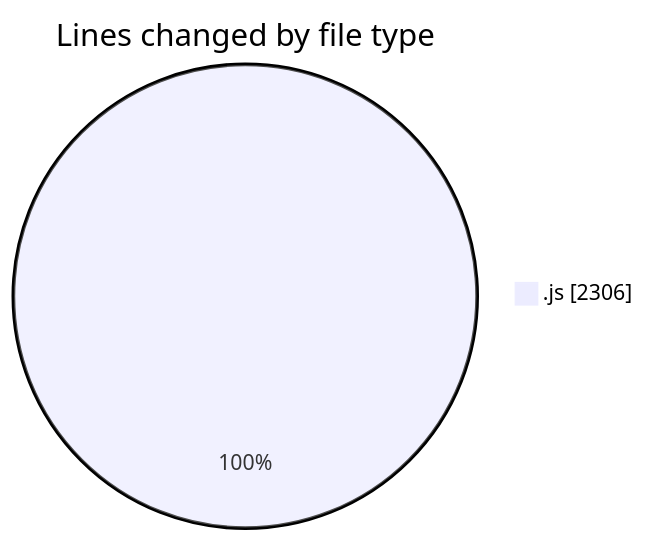
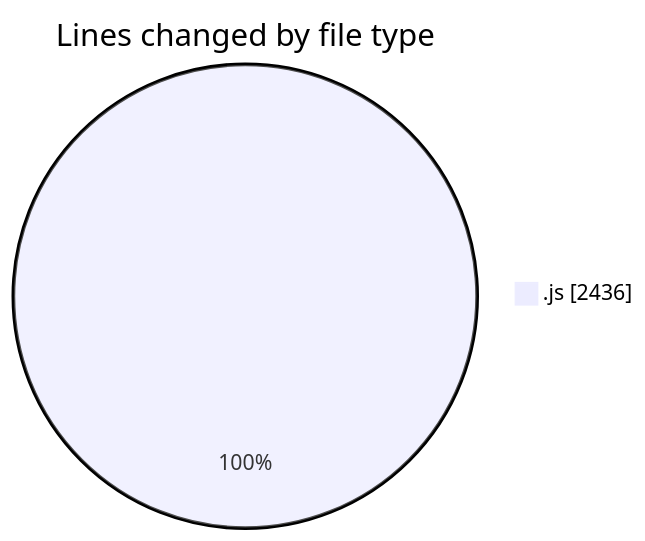
One commit to nxtqubesakshisongat/code-tracking changed the first of 2 diagrams in 2025-10-16/nxtqube_webapp/README.md. Above: the diagram before and after it, drawn with Mermaid. The commit also changed other lines of this file and 1 other file, not shown here.

````diff
--- a/2025-10-16/nxtqube_webapp/README.md
+++ b/2025-10-16/nxtqube_webapp/README.md
@@ -20,5 +20,5 @@
 ```mermaid
 pie showData
 title Lines changed by file type
-".js" : 2306
+".js" : 2436
 ```
````
